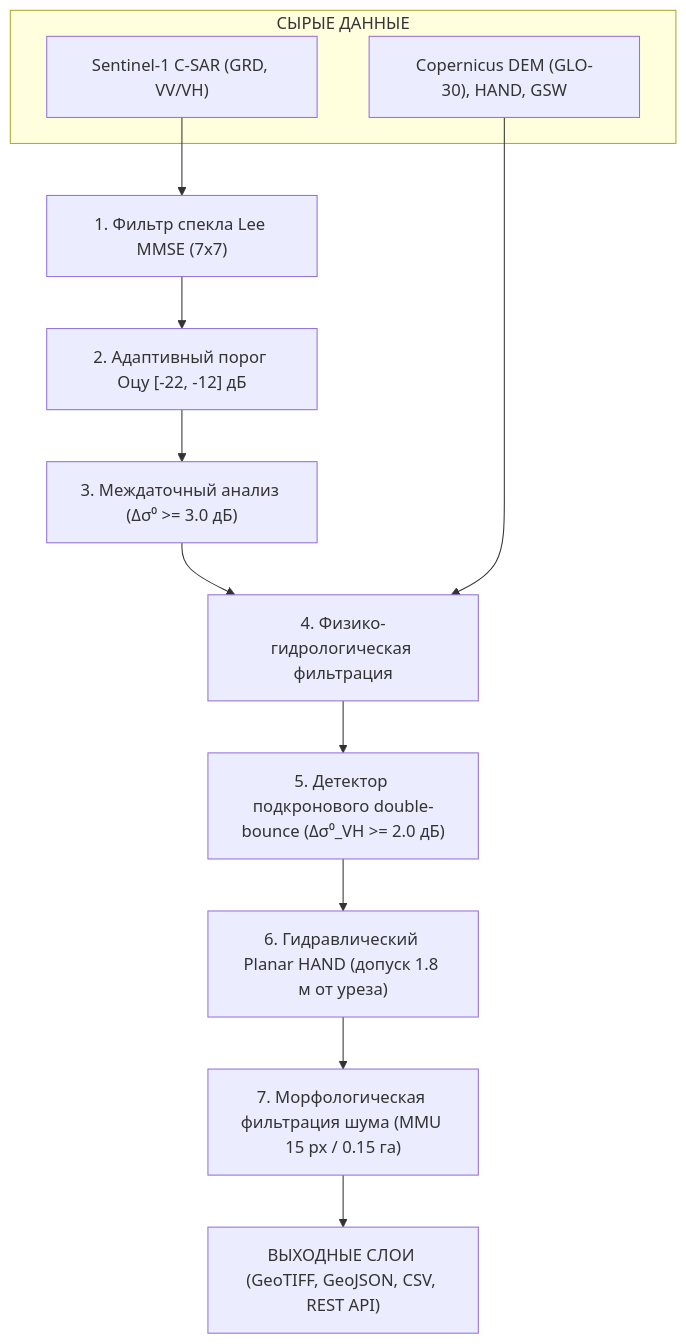
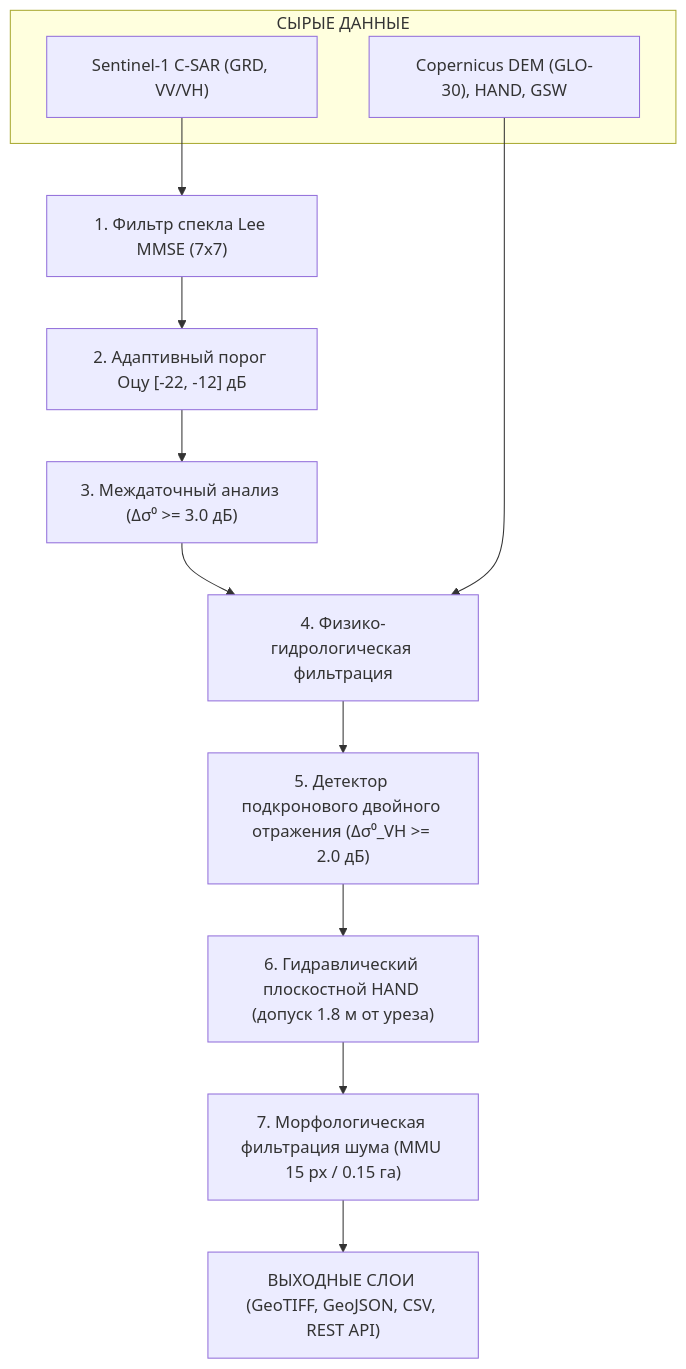
The diagram in README.md (p4ulbr4dl3y/cosmohack-hydro-2026), drawn with Mermaid before and after one commit. The commit also changed other lines of this file and 2 other files, not shown here.

````diff
--- a/README.md
+++ b/README.md
@@ -105,20 +105,20 @@
 ```mermaid
 flowchart TD
     subgraph RAW["СЫРЫЕ ДАННЫЕ"]
         R1["Sentinel-1 C-SAR (GRD, VV/VH)"]
         R2["Copernicus DEM (GLO-30), HAND, GSW"]
     end
 
     R1 --> P1["1. Фильтр спекла Lee MMSE (7x7)"]
     P1 --> P2["2. Адаптивный порог Оцу [-22, -12] дБ"]
     P2 --> P3["3. Междаточный анализ (Δσ⁰ >= 3.0 дБ)"]
     
     P3 --> F1["4. Физико-гидрологическая фильтрация"]
     R2 --> F1
     
-    F1 --> F2["5. Детектор подкронового double-bounce (Δσ⁰_VH >= 2.0 дБ)"]
-    F2 --> F3["6. Гидравлический Planar HAND (допуск 1.8 м от уреза)"]
+    F1 --> F2["5. Детектор подкронового двойного отражения (Δσ⁰_VH >= 2.0 дБ)"]
+    F2 --> F3["6. Гидравлический плоскостной HAND (допуск 1.8 м от уреза)"]
     F3 --> F4["7. Морфологическая фильтрация шума (MMU 15 px / 0.15 га)"]
     
     F4 --> OUT["ВЫХОДНЫЕ СЛОИ (GeoTIFF, GeoJSON, CSV, REST API)"]
 ```
````
